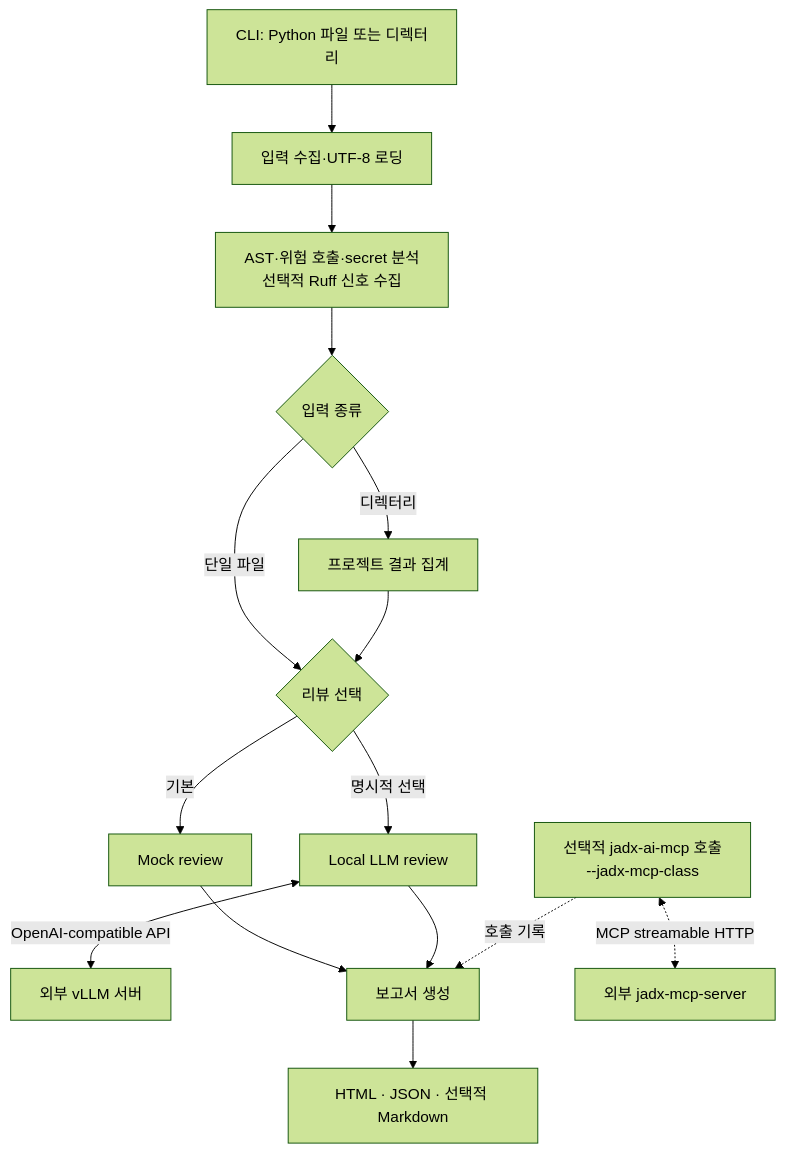
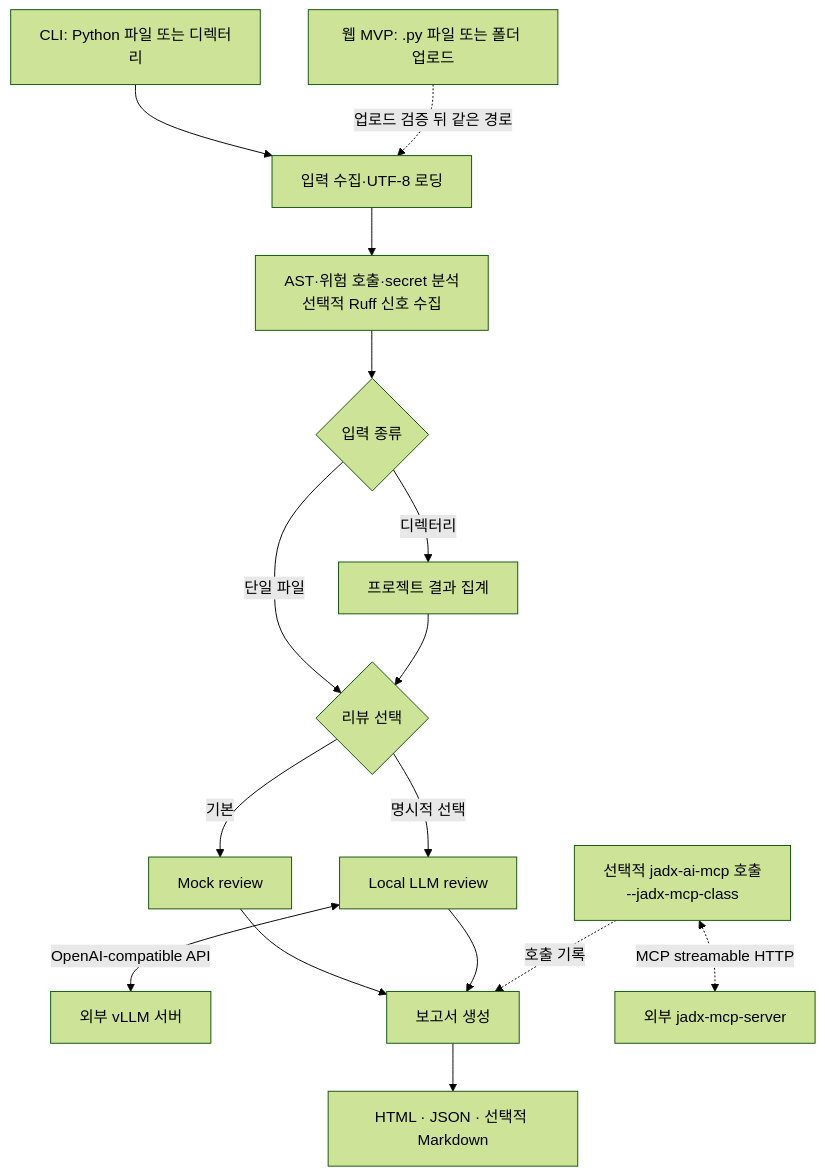
Before and after one commit to Malicious-code-detection-project/project_Nurilab: the diagram in README.md, drawn with Mermaid (forest theme). The commit also changed other lines of this file and 8 other files, not shown here.

````diff
--- a/README.md
+++ b/README.md
@@ -32,17 +33,18 @@
 ```mermaid
 flowchart TD
     C[CLI: Python 파일 또는 디렉터리] --> I[입력 수집·UTF-8 로딩]
+    W[웹 MVP: .py 파일 또는 폴더 업로드] -.->|업로드 검증 뒤 같은 경로| I
     I --> A[AST·위험 호출·secret 분석<br/>선택적 Ruff 신호 수집]
     A --> B{입력 종류}
     B -->|단일 파일| R{리뷰 선택}
     B -->|디렉터리| G[프로젝트 결과 집계]
     G --> R
     R -->|기본| M[Mock review]
     R -->|명시적 선택| L[Local LLM review]
     L <-->|OpenAI-compatible API| S[외부 vLLM 서버]
     M --> P[보고서 생성]
     L --> P
     X[선택적 jadx-ai-mcp 호출<br/>--jadx-mcp-class] -.->|호출 기록| P
     X <-.->|MCP streamable HTTP| J[외부 jadx-mcp-server]
     P --> O[HTML · JSON · 선택적 Markdown]
 ```
````
